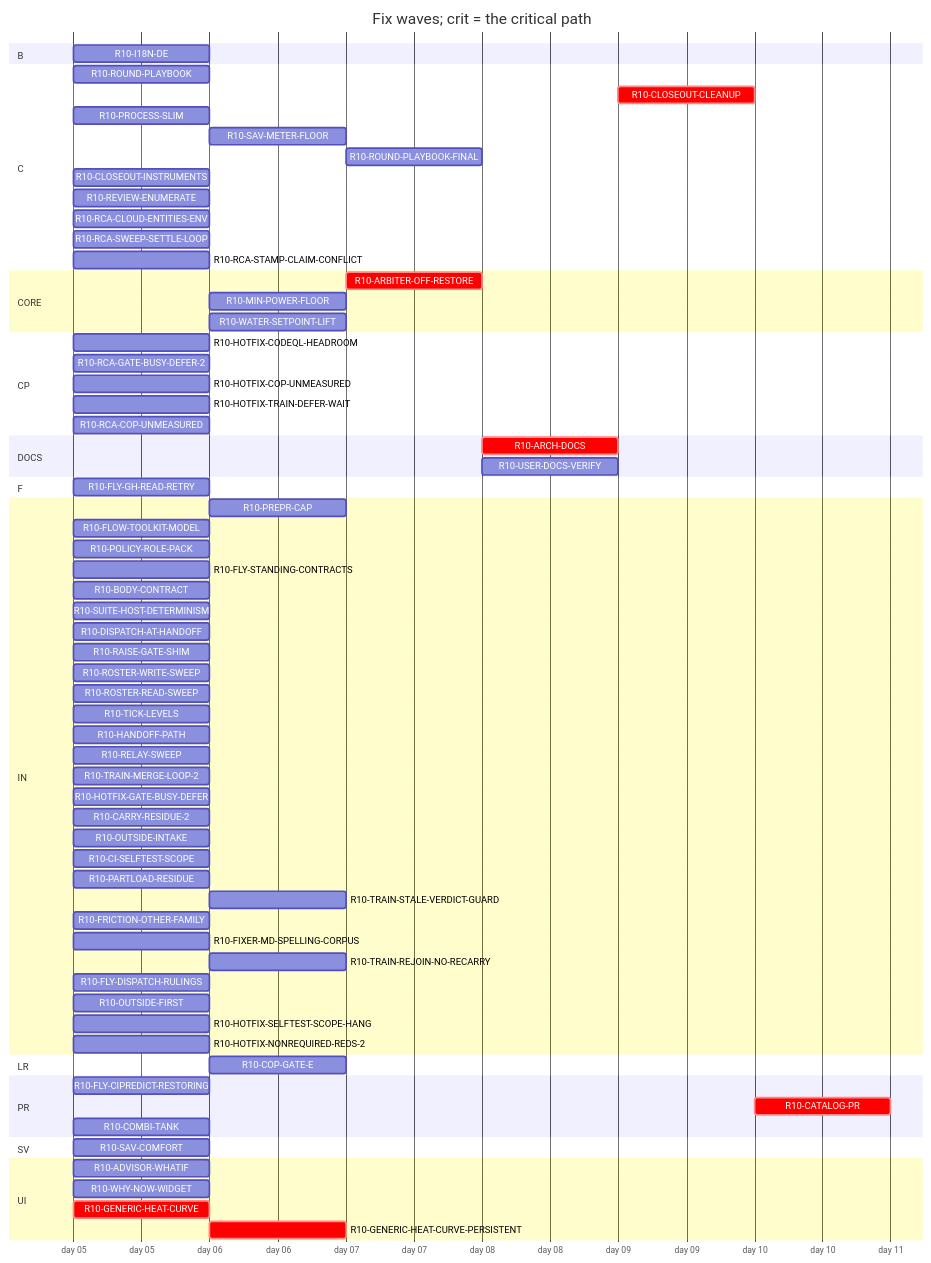
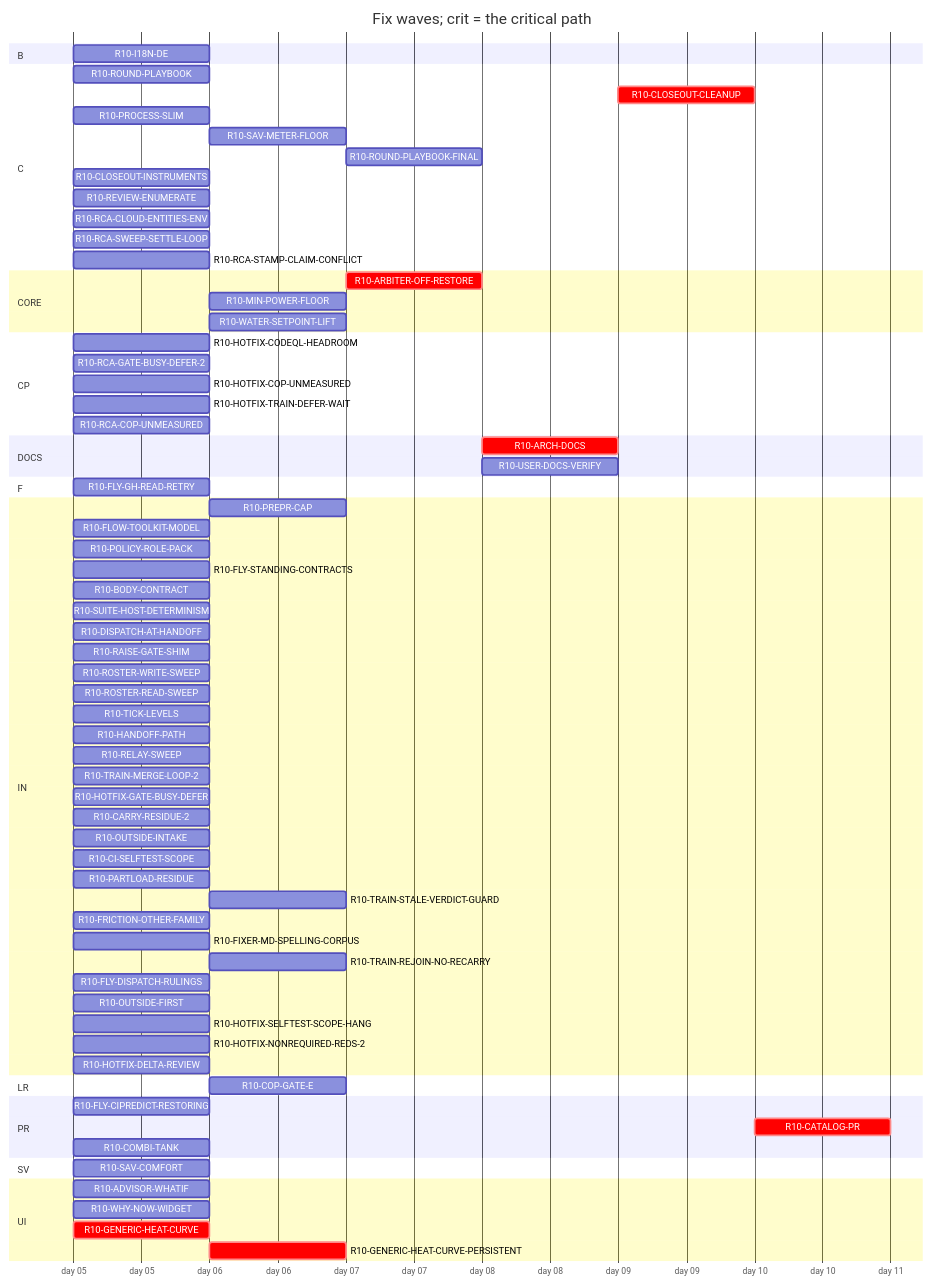
One commit to tvofi/heatpump_optimizer changed the diagram in handoff/round10/state/PLAN-TABLE.md. Above: the diagram before and after it, drawn with Mermaid. The commit also changed other lines of this file and 4 other files, not shown here.

Commit message:
state: FLOW-BOARD.md, NEXT-SESSION-PROMPT.md, PLAN-TABLE.md, PLAN.html, RESUME-CURRENT.md regenerated (state_docs.py)

````diff
--- a/handoff/round10/state/PLAN-TABLE.md
+++ b/handoff/round10/state/PLAN-TABLE.md
@@ -24,75 +24,76 @@
 ```mermaid
 gantt
   title Fix waves; crit = the critical path
   dateFormat YYYY-MM-DD
   axisFormat day %d
   section B
     R10-I18N-DE :r10I18NDE, 2026-01-05, 1d
   section C
     R10-ROUND-PLAYBOOK :r10ROUNDPLAYBOOK, 2026-01-05, 1d
     R10-CLOSEOUT-CLEANUP :crit, r10CLOSEOUTCLEANUP, after r10ARCHDOCS r10USERDOCSVERIFY r10ROUNDPLAYBOOKFINAL r10CLOSEOUTINSTRUMENTS r10RCAGATEBUSYDEFER2 r10RCACOPUNMEASURED r10FRICTIONOTHERFAMILY, 1d
     R10-PROCESS-SLIM :r10PROCESSSLIM, 2026-01-05, 1d
     R10-SAV-METER-FLOOR :r10SAVMETERFLOOR, after r10SAVCOMFORT, 1d
     R10-ROUND-PLAYBOOK-FINAL :r10ROUNDPLAYBOOKFINAL, after r10PREPRCAP r10HANDOFFPATH r10RELAYSWEEP r10DISPATCHATHANDOFF r10BODYCONTRACT r10TICKLEVELS r10ROSTERWRITESWEEP r10ROSTERREADSWEEP r10FLYSTANDINGCONTRACTS r10POLICYROLEPACK r10FLOWTOOLKITMODEL r10FLYCIPREDICTRESTORING r10RAISEGATESHIM r10FLYGHREADRETRY r10SUITEHOSTDETERMINISM r10ROUNDPLAYBOOK r10PROCESSSLIM r10TRAINMERGELOOP2 r10HOTFIXGATEBUSYDEFER r10CARRYRESIDUE2 r10HOTFIXCODEQLHEADROOM r10OUTSIDEINTAKE r10HOTFIXTRAINDEFERWAIT r10CISELFTESTSCOPE r10TRAINSTALEVERDICTGUARD r10CLOSEOUTINSTRUMENTS r10FRICTIONOTHERFAMILY r10FIXERMDSPELLINGCORPUS, 1d
     R10-CLOSEOUT-INSTRUMENTS :r10CLOSEOUTINSTRUMENTS, 2026-01-05, 1d
     R10-REVIEW-ENUMERATE :r10REVIEWENUMERATE, 2026-01-05, 1d
     R10-RCA-CLOUD-ENTITIES-ENV :r10RCACLOUDENTITIESENV, 2026-01-05, 1d
     R10-RCA-SWEEP-SETTLE-LOOP :r10RCASWEEPSETTLELOOP, 2026-01-05, 1d
     R10-RCA-STAMP-CLAIM-CONFLICT :r10RCASTAMPCLAIMCONFLICT, 2026-01-05, 1d
   section CORE
     R10-ARBITER-OFF-RESTORE :crit, r10ARBITEROFFRESTORE, after r10GENERICHEATCURVE r10GENERICHEATCURVEPERSISTENT r10WATERSETPOINTLIFT, 1d
     R10-MIN-POWER-FLOOR :r10MINPOWERFLOOR, after r10HOTFIXCOPUNMEASURED r10GENERICHEATCURVE, 1d
     R10-WATER-SETPOINT-LIFT :r10WATERSETPOINTLIFT, after r10GENERICHEATCURVE, 1d
   section CP
     R10-HOTFIX-CODEQL-HEADROOM :r10HOTFIXCODEQLHEADROOM, 2026-01-05, 1d
     R10-RCA-GATE-BUSY-DEFER-2 :r10RCAGATEBUSYDEFER2, 2026-01-05, 1d
     R10-HOTFIX-COP-UNMEASURED :r10HOTFIXCOPUNMEASURED, 2026-01-05, 1d
     R10-HOTFIX-TRAIN-DEFER-WAIT :r10HOTFIXTRAINDEFERWAIT, 2026-01-05, 1d
     R10-RCA-COP-UNMEASURED :r10RCACOPUNMEASURED, 2026-01-05, 1d
   section DOCS
     R10-ARCH-DOCS :crit, r10ARCHDOCS, after r10SAVCOMFORT r10WHYNOWWIDGET r10ADVISORWHATIF r10PREPRCAP r10HANDOFFPATH r10RELAYSWEEP r10DISPATCHATHANDOFF r10BODYCONTRACT r10TICKLEVELS r10ROSTERWRITESWEEP r10ROSTERREADSWEEP r10FLYSTANDINGCONTRACTS r10POLICYROLEPACK r10FLOWTOOLKITMODEL r10FLYCIPREDICTRESTORING r10RAISEGATESHIM r10FLYGHREADRETRY r10SUITEHOSTDETERMINISM r10PROCESSSLIM r10SAVMETERFLOOR r10HOTFIXCOPUNMEASURED r10COPGATEE r10PARTLOADRESIDUE r10I18NDE r10GENERICHEATCURVE r10GENERICHEATCURVEPERSISTENT r10ARBITEROFFRESTORE r10TRAINMERGELOOP2 r10HOTFIXGATEBUSYDEFER r10CARRYRESIDUE2 r10HOTFIXCODEQLHEADROOM r10OUTSIDEINTAKE r10HOTFIXTRAINDEFERWAIT r10CISELFTESTSCOPE r10TRAINSTALEVERDICTGUARD r10COMBITANK r10CLOSEOUTINSTRUMENTS r10MINPOWERFLOOR r10ROUNDPLAYBOOK r10RCAGATEBUSYDEFER2 r10FRICTIONOTHERFAMILY r10RCACOPUNMEASURED, 1d
     R10-USER-DOCS-VERIFY :r10USERDOCSVERIFY, after r10SAVCOMFORT r10WHYNOWWIDGET r10ADVISORWHATIF r10SAVMETERFLOOR r10HOTFIXCOPUNMEASURED r10COPGATEE r10PARTLOADRESIDUE r10I18NDE r10GENERICHEATCURVE r10GENERICHEATCURVEPERSISTENT r10ARBITEROFFRESTORE r10COMBITANK r10MINPOWERFLOOR, 1d
   section F
     R10-FLY-GH-READ-RETRY :r10FLYGHREADRETRY, 2026-01-05, 1d
   section IN
     R10-PREPR-CAP :r10PREPRCAP, after r10PROCESSSLIM, 1d
     R10-FLOW-TOOLKIT-MODEL :r10FLOWTOOLKITMODEL, 2026-01-05, 1d
     R10-POLICY-ROLE-PACK :r10POLICYROLEPACK, 2026-01-05, 1d
     R10-FLY-STANDING-CONTRACTS :r10FLYSTANDINGCONTRACTS, 2026-01-05, 1d
     R10-BODY-CONTRACT :r10BODYCONTRACT, 2026-01-05, 1d
     R10-SUITE-HOST-DETERMINISM :r10SUITEHOSTDETERMINISM, 2026-01-05, 1d
     R10-DISPATCH-AT-HANDOFF :r10DISPATCHATHANDOFF, 2026-01-05, 1d
     R10-RAISE-GATE-SHIM :r10RAISEGATESHIM, 2026-01-05, 1d
     R10-ROSTER-WRITE-SWEEP :r10ROSTERWRITESWEEP, 2026-01-05, 1d
     R10-ROSTER-READ-SWEEP :r10ROSTERREADSWEEP, 2026-01-05, 1d
     R10-TICK-LEVELS :r10TICKLEVELS, 2026-01-05, 1d
     R10-HANDOFF-PATH :r10HANDOFFPATH, 2026-01-05, 1d
     R10-RELAY-SWEEP :r10RELAYSWEEP, 2026-01-05, 1d
     R10-TRAIN-MERGE-LOOP-2 :r10TRAINMERGELOOP2, 2026-01-05, 1d
     R10-HOTFIX-GATE-BUSY-DEFER :r10HOTFIXGATEBUSYDEFER, 2026-01-05, 1d
     R10-CARRY-RESIDUE-2 :r10CARRYRESIDUE2, 2026-01-05, 1d
     R10-OUTSIDE-INTAKE :r10OUTSIDEINTAKE, 2026-01-05, 1d
     R10-CI-SELFTEST-SCOPE :r10CISELFTESTSCOPE, 2026-01-05, 1d
     R10-PARTLOAD-RESIDUE :r10PARTLOADRESIDUE, 2026-01-05, 1d
     R10-TRAIN-STALE-VERDICT-GUARD :r10TRAINSTALEVERDICTGUARD, after r10TRAINMERGELOOP2, 1d
     R10-FRICTION-OTHER-FAMILY :r10FRICTIONOTHERFAMILY, 2026-01-05, 1d
     R10-FIXER-MD-SPELLING-CORPUS :r10FIXERMDSPELLINGCORPUS, 2026-01-05, 1d
     R10-TRAIN-REJOIN-NO-RECARRY :r10TRAINREJOINNORECARRY, after r10HOTFIXTRAINDEFERWAIT r10TRAINMERGELOOP2, 1d
     R10-FLY-DISPATCH-RULINGS :r10FLYDISPATCHRULINGS, 2026-01-05, 1d
     R10-OUTSIDE-FIRST :r10OUTSIDEFIRST, 2026-01-05, 1d
     R10-HOTFIX-SELFTEST-SCOPE-HANG :r10HOTFIXSELFTESTSCOPEHANG, 2026-01-05, 1d
     R10-HOTFIX-NONREQUIRED-REDS-2 :r10HOTFIXNONREQUIREDREDS2, 2026-01-05, 1d
+    R10-HOTFIX-DELTA-REVIEW :r10HOTFIXDELTAREVIEW, 2026-01-05, 1d
   section LR
     R10-COP-GATE-E :r10COPGATEE, after r10HOTFIXCOPUNMEASURED, 1d
   section PR
     R10-FLY-CIPREDICT-RESTORING :r10FLYCIPREDICTRESTORING, 2026-01-05, 1d
     R10-CATALOG-PR :crit, r10CATALOGPR, after r10USERDOCSVERIFY r10ARCHDOCS r10ROUNDPLAYBOOKFINAL r10CLOSEOUTCLEANUP, 1d
     R10-COMBI-TANK :r10COMBITANK, 2026-01-05, 1d
   section SV
     R10-SAV-COMFORT :r10SAVCOMFORT, 2026-01-05, 1d
   section UI
     R10-ADVISOR-WHATIF :r10ADVISORWHATIF, 2026-01-05, 1d
     R10-WHY-NOW-WIDGET :r10WHYNOWWIDGET, 2026-01-05, 1d
     R10-GENERIC-HEAT-CURVE :crit, r10GENERICHEATCURVE, 2026-01-05, 1d
     R10-GENERIC-HEAT-CURVE-PERSISTENT :crit, r10GENERICHEATCURVEPERSISTENT, after r10GENERICHEATCURVE, 1d
 ```
````
